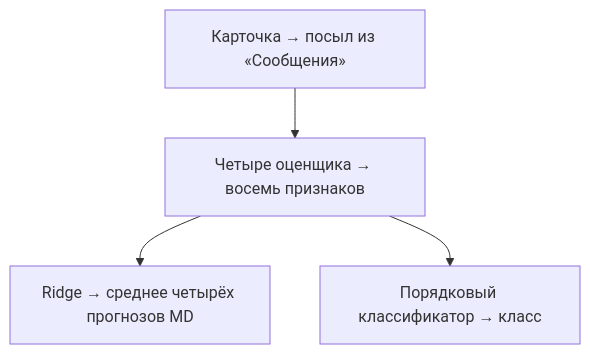
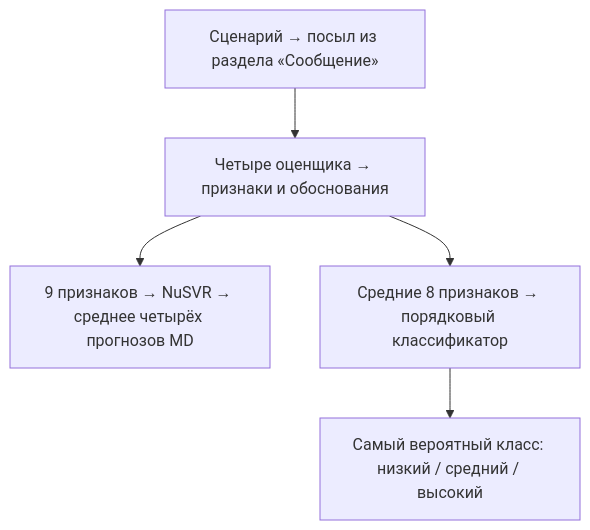
One commit to Gavshme/AIPM-3.1_scenarios changed the diagram in README.md. Above: the diagram before and after it, drawn with Mermaid. The commit also changed other lines of this file and 20 other files, not shown here.

````diff
--- a/README.md
+++ b/README.md
@@ -17,6 +16,7 @@
 ```mermaid
 flowchart TD
-    A["Карточка → посыл из «Сообщения»"] --> B["Четыре оценщика → восемь признаков"]
-    B --> C["Ridge → среднее четырёх прогнозов MD"]
-    B --> D["Порядковый классификатор → класс"]
+    A["Сценарий → посыл из раздела «Сообщение»"] --> B["Четыре оценщика → признаки и обоснования"]
+    B --> C["9 признаков → NuSVR → среднее четырёх прогнозов MD"]
+    B --> D["Средние 8 признаков → порядковый классификатор"]
+    D --> E["Самый вероятный класс: низкий / средний / высокий"]
 ```
````
